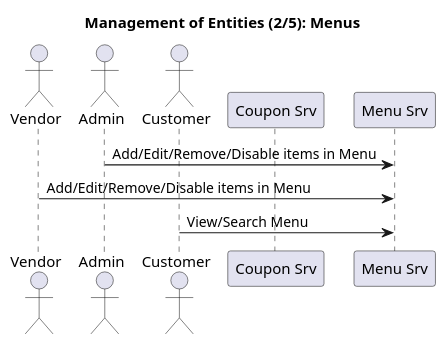
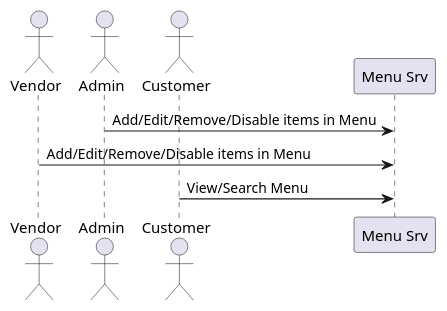
One commit to icedhacker/architecture-katas changed the diagram in sequence-diagrams/puml/menu.puml. Above: the diagram before and after it, drawn with PlantUML.

```diff
--- a/sequence-diagrams/puml/menu.puml
+++ b/sequence-diagrams/puml/menu.puml
@@ -1,14 +1,12 @@
 @startuml
-title: Management of Entities (2/5): Menus
 
 actor "Vendor" as V
 actor "Admin" as A
 actor "Customer" as U
 
-participant "Coupon Srv" as C
 participant "Menu Srv" as M
 
 A -> M: Add/Edit/Remove/Disable items in Menu
 V -> M: Add/Edit/Remove/Disable items in Menu
 U -> M : View/Search Menu
 @enduml
```
